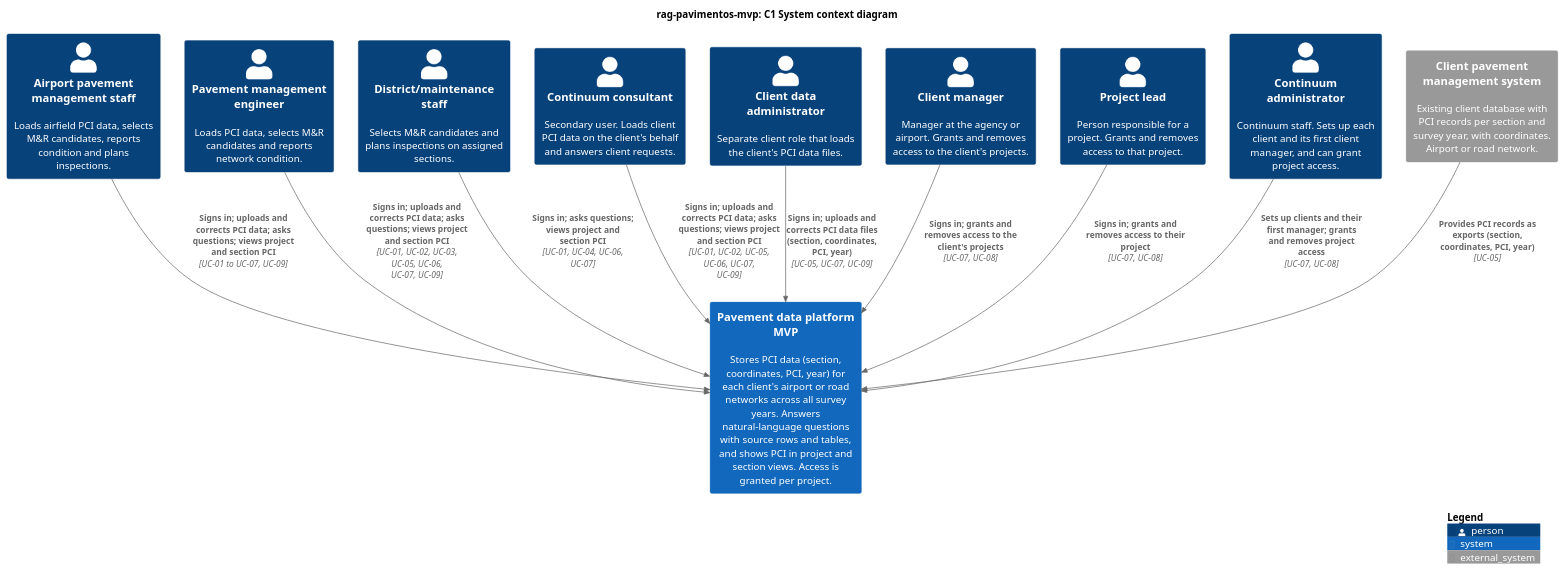
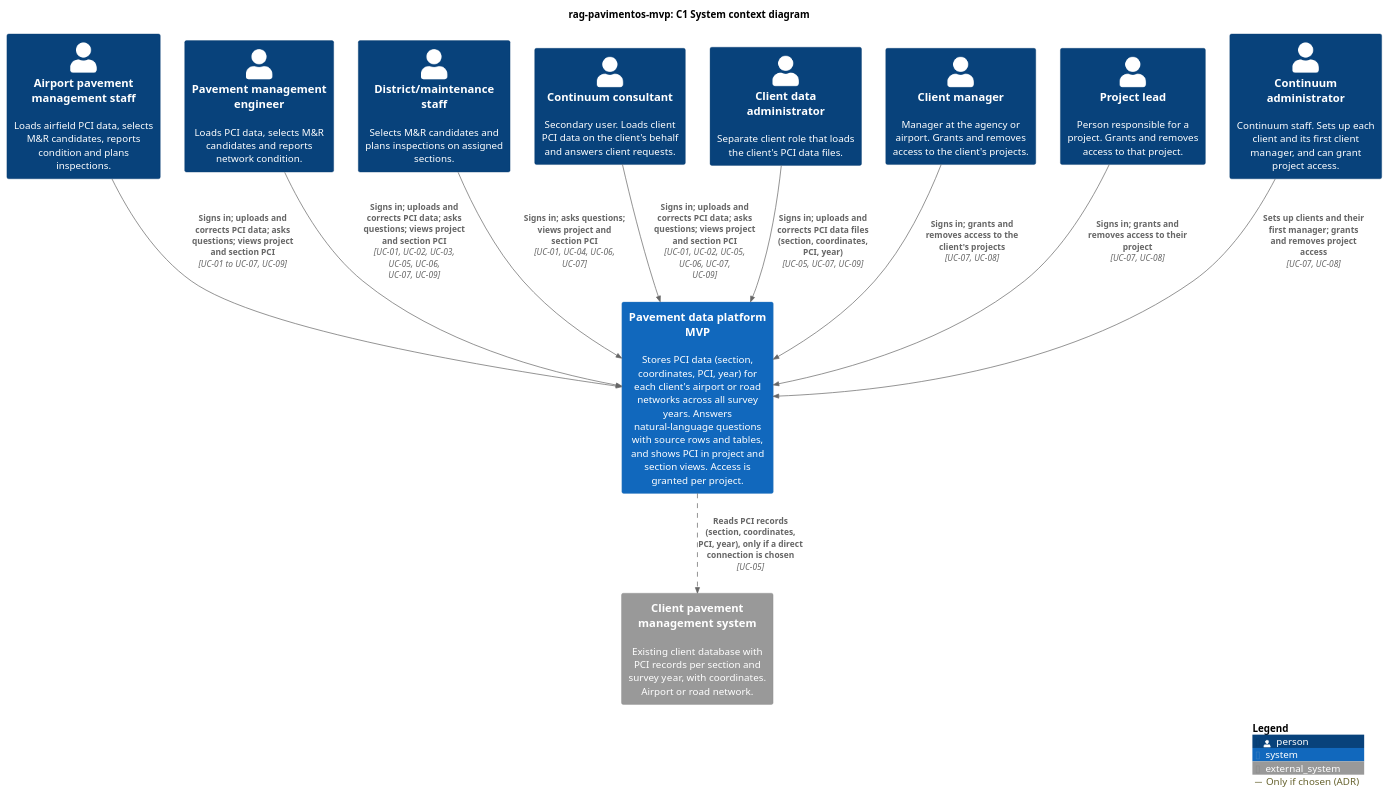
One commit to SAndrade2209/rag-pavimentos-mvp changed the diagram in docs/architecture/c4/c1-context.puml. Above: the diagram before and after it, drawn with PlantUML. The commit also changed 1 other file, not shown here.

Commit message:
Add C2 container proposal and align C1 data paths
- C2: web application, API application (modular monolith), language
  model (decision pending), platform database, and file storage
  [assumption]. Candidate technologies listed, not chosen.
- C1 and C2: PCI data arrive as uploaded export files, or the platform
  reads from the client's pavement management system through a direct
  connection, drawn dashed and only if chosen.

```diff
--- a/docs/architecture/c4/c1-context.puml
+++ b/docs/architecture/c4/c1-context.puml
@@ -1,45 +1,47 @@
 @startuml c1-context
 !include https://raw.githubusercontent.com/plantuml-stdlib/C4-PlantUML/master/C4_Context.puml
 
 title rag-pavimentos-mvp: C1 System context diagram
+
+AddRelTag("pending", $lineStyle=DashedLine(), $legendText="Only if chosen (ADR)")
 
 ' Actors and the use cases each one performs (docs/use-cases/).
 ' Every person signs in (UC-07). Load, correct and delete, and manage access
 ' depend on per-project permissions granted in UC-08.
 ' UC-06 actors are an [assumption] (see uc-06-view-pci-in-project.md).
 ' UC-09 is shown for users who load data [assumption]; any user can receive
 ' the Correct and delete permission.
 Person(airport_staff, "Airport pavement management staff", "Loads airfield PCI data, selects M&R candidates, reports condition and plans inspections.")
 Person(pm_engineer, "Pavement management engineer", "Loads PCI data, selects M&R candidates and reports network condition.")
 Person(district_staff, "District/maintenance staff", "Selects M&R candidates and plans inspections on assigned sections.")
 Person(consultant, "Continuum consultant", "Secondary user. Loads client PCI data on the client's behalf and answers client requests.")
 
 ' Separate client role confirmed. The role name is a placeholder.
 Person(data_admin, "Client data administrator", "Separate client role that loads the client's PCI data files.")
 
 ' Access management roles. The scope of each is an [assumption] (see uc-08-manage-project-access.md).
 Person(client_manager, "Client manager", "Manager at the agency or airport. Grants and removes access to the client's projects.")
 Person(project_lead, "Project lead", "Person responsible for a project. Grants and removes access to that project.")
 Person(continuum_admin, "Continuum administrator", "Continuum staff. Sets up each client and its first client manager, and can grant project access.")
 
 System(platform, "Pavement data platform MVP", "Stores PCI data (section, coordinates, PCI, year) for each client's airport or road networks across all survey years. Answers natural-language questions with source rows and tables, and shows PCI in project and section views. Access is granted per project.")
 
-' External system. PCI data reach the MVP in two ways: file upload (CSV) or export from this system.
+' External system. PCI data reach the MVP in two ways: people upload export files (CSV), or the platform reads from this system through a direct connection, if chosen.
 ' Sign-in method not decided (UC-07): an identity provider is not shown until it is.
 System_Ext(pms, "Client pavement management system", "Existing client database with PCI records per section and survey year, with coordinates. Airport or road network.")
 
 Rel(airport_staff, platform, "Signs in; uploads and corrects PCI data; asks questions; views project and section PCI", "UC-01 to UC-07, UC-09")
 Rel(pm_engineer, platform, "Signs in; uploads and corrects PCI data; asks questions; views project and section PCI", "UC-01, UC-02, UC-03, UC-05, UC-06, UC-07, UC-09")
 Rel(district_staff, platform, "Signs in; asks questions; views project and section PCI", "UC-01, UC-04, UC-06, UC-07")
 Rel(consultant, platform, "Signs in; uploads and corrects PCI data; asks questions; views project and section PCI", "UC-01, UC-02, UC-05, UC-06, UC-07, UC-09")
 
 Rel(data_admin, platform, "Signs in; uploads and corrects PCI data files (section, coordinates, PCI, year)", "UC-05, UC-07, UC-09")
 
 Rel(client_manager, platform, "Signs in; grants and removes access to the client's projects", "UC-07, UC-08")
 Rel(project_lead, platform, "Signs in; grants and removes access to their project", "UC-07, UC-08")
 Rel(continuum_admin, platform, "Sets up clients and their first manager; grants and removes project access", "UC-07, UC-08")
 
-Rel(pms, platform, "Provides PCI records as exports (section, coordinates, PCI, year)", "UC-05")
+Rel(platform, pms, "Reads PCI records (section, coordinates, PCI, year), only if a direct connection is chosen", "UC-05", $tags="pending")
 
 SHOW_LEGEND()
 @enduml
```
